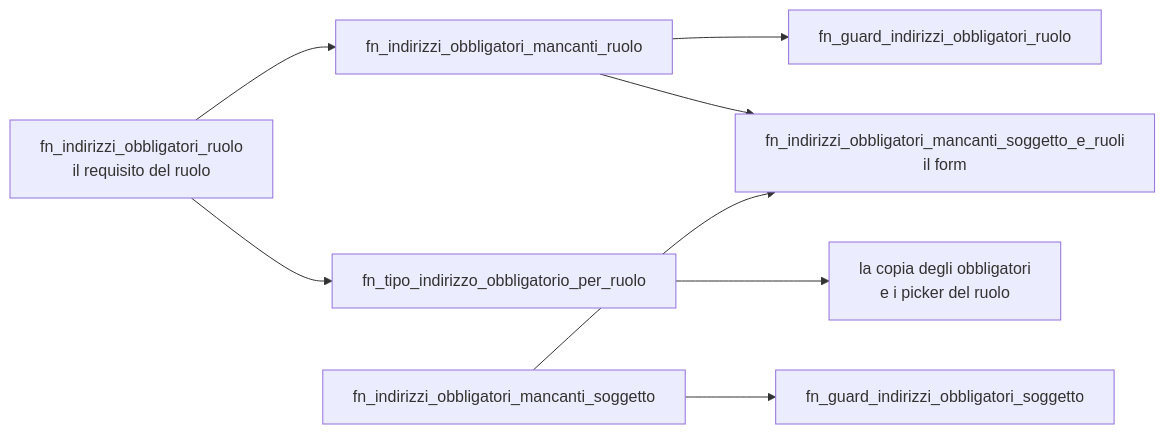
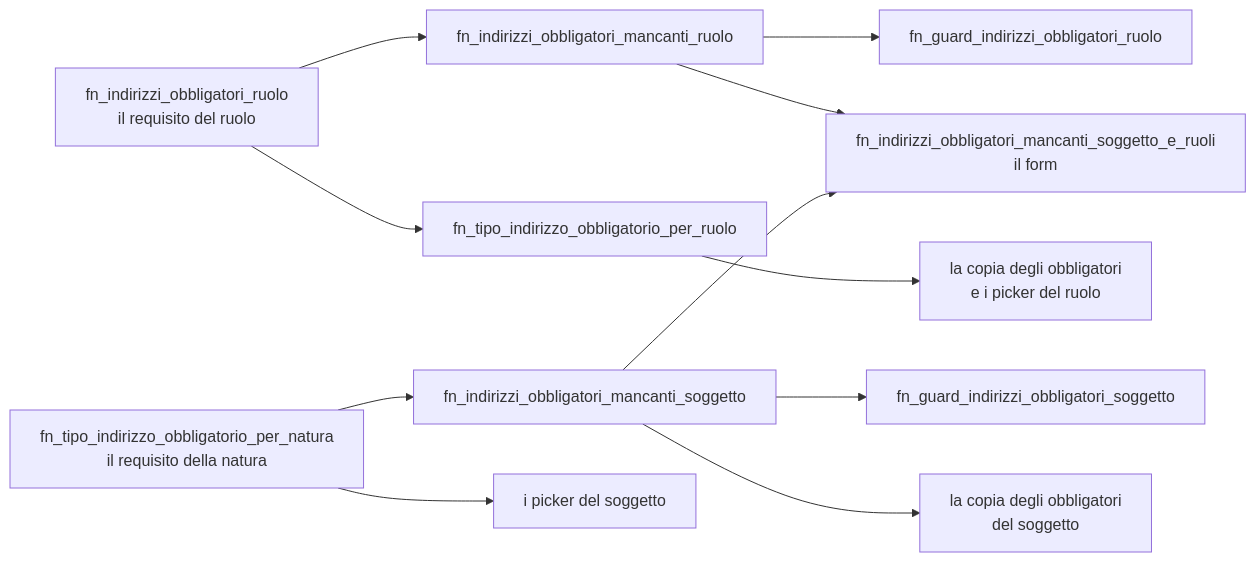
The diagram in docs/it/dbzero/anagrafiche/_indirizzi-obbligatori.md (Tito-it/ZeroErp), drawn with Mermaid before and after one commit. The commit also changed other lines of this file and 95 other files, not shown here.

````diff
--- a/docs/it/dbzero/anagrafiche/_indirizzi-obbligatori.md
+++ b/docs/it/dbzero/anagrafiche/_indirizzi-obbligatori.md
@@ -43,10 +45,13 @@
 ```mermaid
 flowchart LR
     R[fn_indirizzi_obbligatori_ruolo<br/>il requisito del ruolo] --> MR[fn_indirizzi_obbligatori_mancanti_ruolo]
     R --> OB[fn_tipo_indirizzo_obbligatorio_per_ruolo]
-    MS[fn_indirizzi_obbligatori_mancanti_soggetto] --> GS[fn_guard_indirizzi_obbligatori_soggetto]
+    N[fn_tipo_indirizzo_obbligatorio_per_natura<br/>il requisito della natura] --> MS[fn_indirizzi_obbligatori_mancanti_soggetto]
+    N --> PS[i picker del soggetto]
+    MS --> GS[fn_guard_indirizzi_obbligatori_soggetto]
+    MS --> CS[la copia degli obbligatori<br/>del soggetto]
     MR --> GR[fn_guard_indirizzi_obbligatori_ruolo]
     MR --> F[fn_indirizzi_obbligatori_mancanti_soggetto_e_ruoli<br/>il form]
     MS --> F
     OB --> C[la copia degli obbligatori<br/>e i picker del ruolo]
 ```
````
